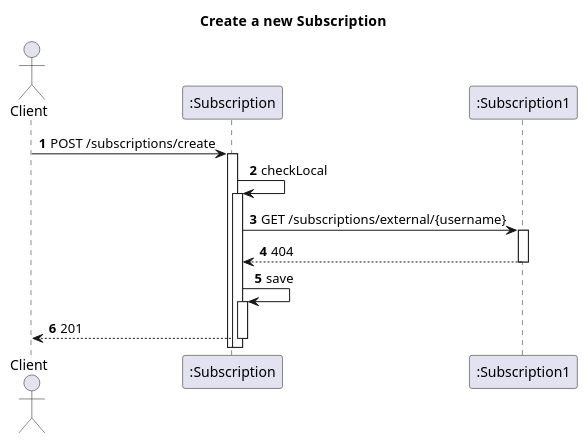
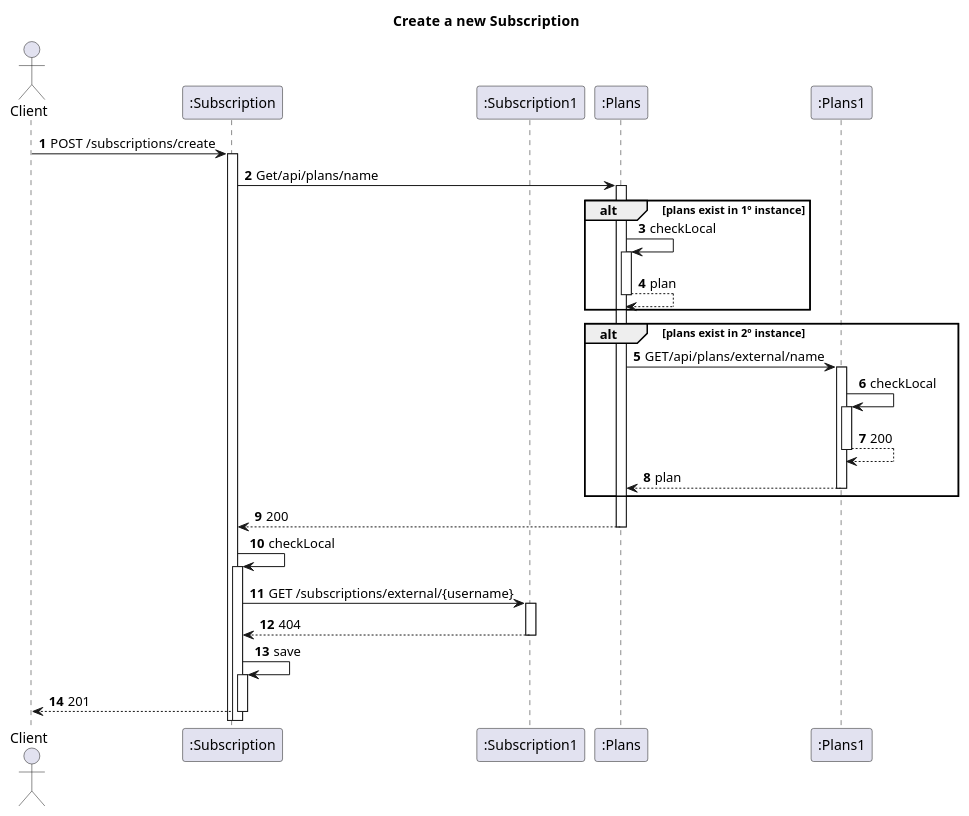
One commit to IsepMartimOliveira/SIDIS changed the diagram in docs_sidis/Subs/Vista Logica/N2/CreateSub.puml. Above: the diagram before and after it, drawn with PlantUML. The commit also changed 13 other files, not shown here.

```diff
--- a/docs_sidis/Subs/Vista Logica/N2/CreateSub.puml
+++ b/docs_sidis/Subs/Vista Logica/N2/CreateSub.puml
@@ -1,20 +1,34 @@
 @startuml
 'https://plantuml.com/sequence-diagram
 autoactivate on
 autonumber
 title  Create  a new Subscription
 
 autonumber
 
 actor "Client" as Ac
 participant ":Subscription" as Auth
 participant ":Subscription1" as Serv
+participant ":Plans" as Plans
+participant ":Plans1" as Plans1
 
 
 Ac->Auth: POST /subscriptions/create
+Auth -> Plans: Get/api/plans/name
+alt plans exist in 1º instance
+    Plans -> Plans: checkLocal
+    Plans --> Plans: plan
+end
+alt plans exist in 2º instance
+    Plans -> Plans1: GET/api/plans/external/name
+    Plans1 -> Plans1: checkLocal
+    Plans1 --> Plans1: 200
+    Plans1 --> Plans: plan
+end
+Plans --> Auth: 200
 Auth->Auth:checkLocal
 Auth->Serv: GET /subscriptions/external/{username}
 Serv-->Auth:404
 Auth->Auth:save
 Auth-->Ac:201
 @enduml
```
